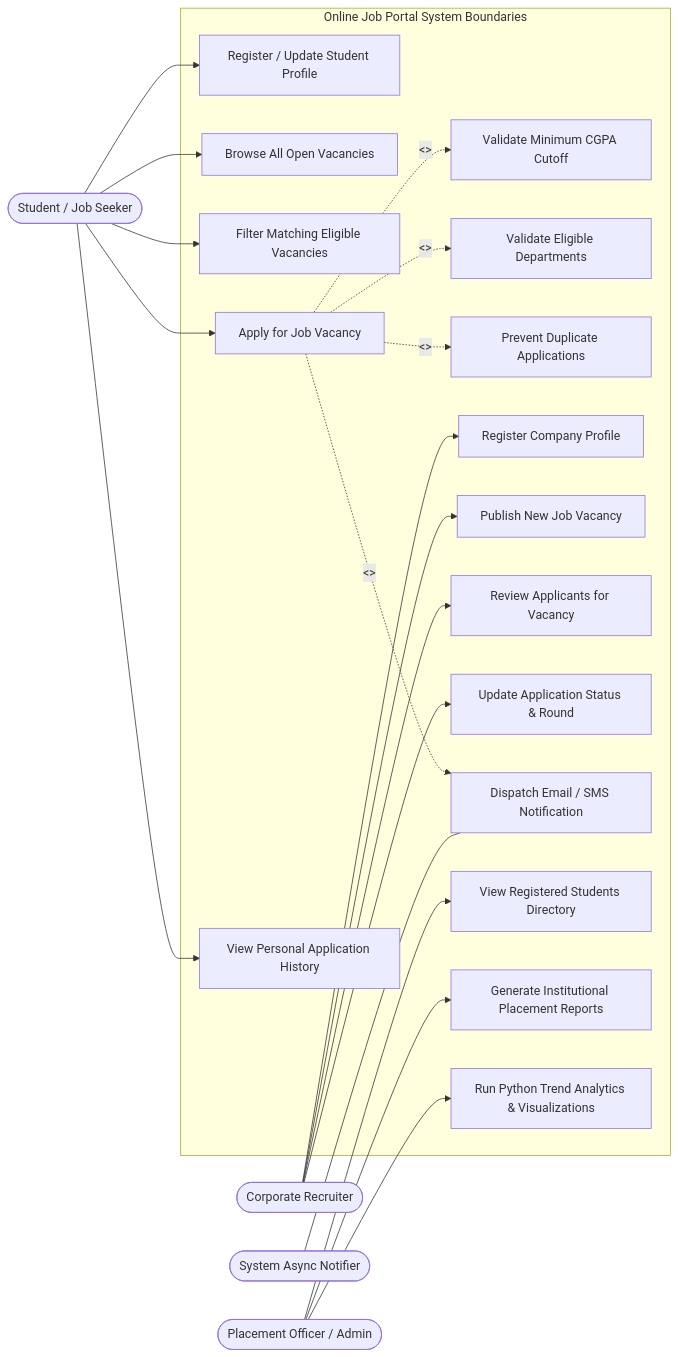
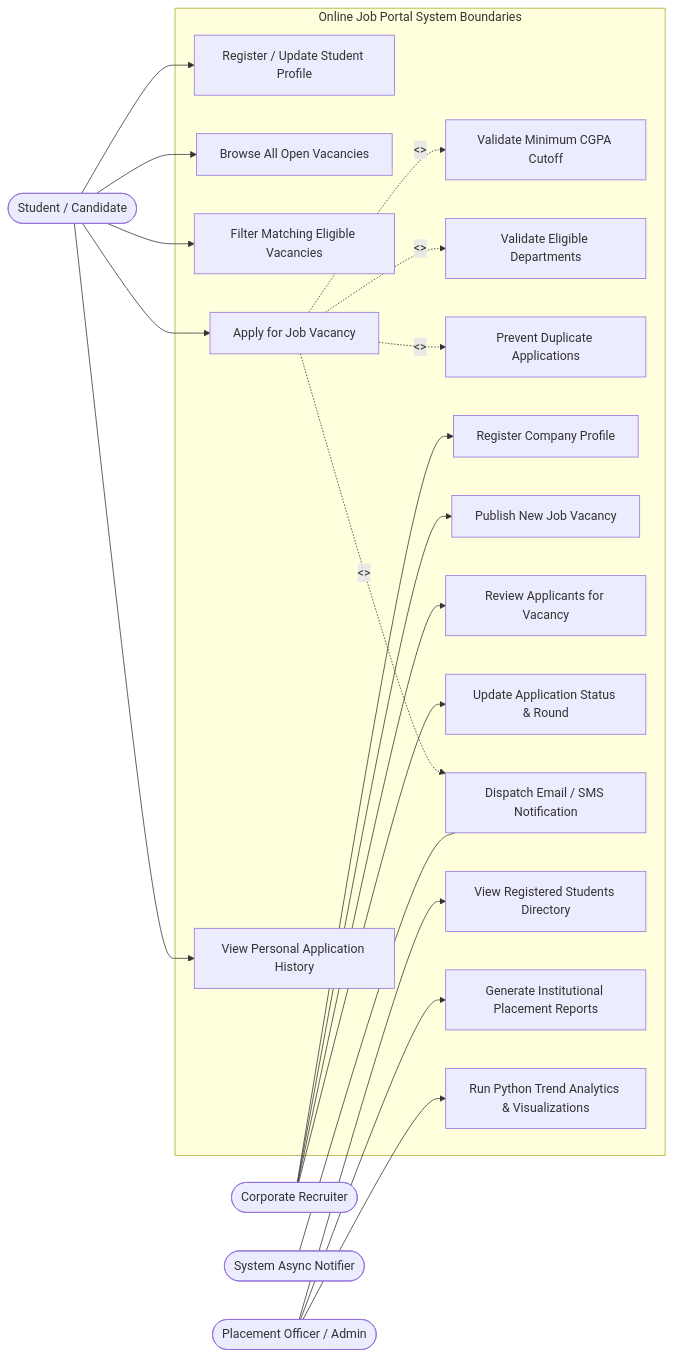
The fourth of 10 diagrams in docs/DESIGN_DIAGRAMS.md (kjdharani86-hash/online-job-portal-trend-analysis), drawn with Mermaid before and after one commit. The commit also changed other lines of this file and 2 other files, not shown here.

Commit message:
docs: expand complete Software Engineering diagrams suite (12 diagrams across all units)

````diff
--- a/docs/DESIGN_DIAGRAMS.md
+++ b/docs/DESIGN_DIAGRAMS.md
@@ -80,48 +170,48 @@
 ```mermaid
 flowchart LR
-    Student(["Student / Job Seeker"])
+    Student(["Student / Candidate"])
     Recruiter(["Corporate Recruiter"])
     Admin(["Placement Officer / Admin"])
     Notifier(["System Async Notifier"])
 
     subgraph JobPortalSystem ["Online Job Portal System Boundaries"]
         UC1["Register / Update Student Profile"]
         UC2["Browse All Open Vacancies"]
         UC3["Filter Matching Eligible Vacancies"]
         UC4["Apply for Job Vacancy"]
         UC5["Validate Minimum CGPA Cutoff"]
         UC6["Validate Eligible Departments"]
         UC7["Prevent Duplicate Applications"]
         UC8["View Personal Application History"]
         UC9["Register Company Profile"]
         UC10["Publish New Job Vacancy"]
         UC11["Review Applicants for Vacancy"]
         UC12["Update Application Status & Round"]
         UC13["Dispatch Email / SMS Notification"]
         UC14["View Registered Students Directory"]
         UC15["Generate Institutional Placement Reports"]
         UC16["Run Python Trend Analytics & Visualizations"]
     end
 
     Student --> UC1
     Student --> UC2
     Student --> UC3
     Student --> UC4
     Student --> UC8
 
     UC4 -.->|"<<includes>>"| UC5
     UC4 -.->|"<<includes>>"| UC6
     UC4 -.->|"<<includes>>"| UC7
     UC4 -.->|"<<triggers>>"| UC13
 
     Notifier --- UC13
 
     Recruiter --> UC9
     Recruiter --> UC10
     Recruiter --> UC11
     Recruiter --> UC12
 
     Admin --> UC14
     Admin --> UC15
     Admin --> UC16
 ```
````
